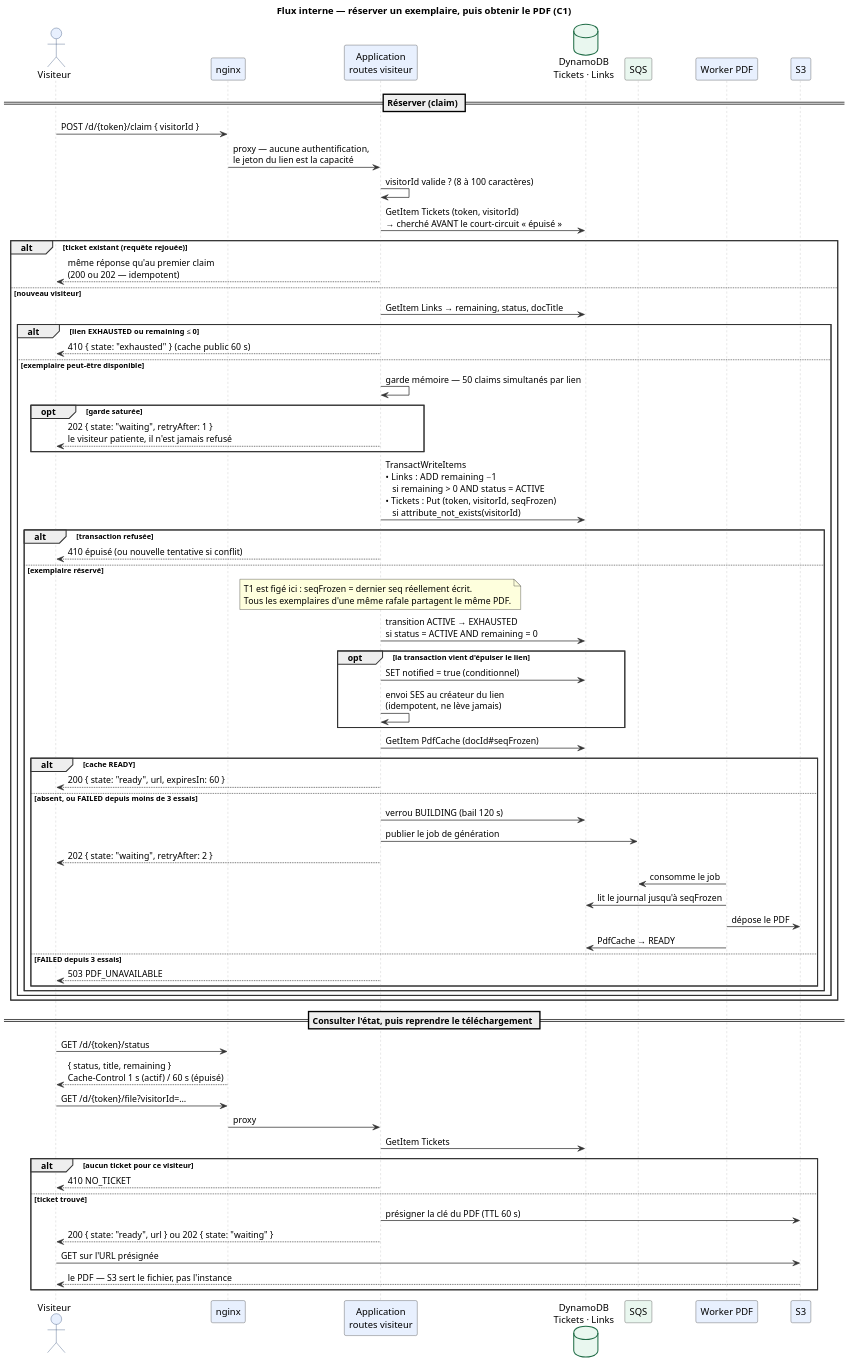
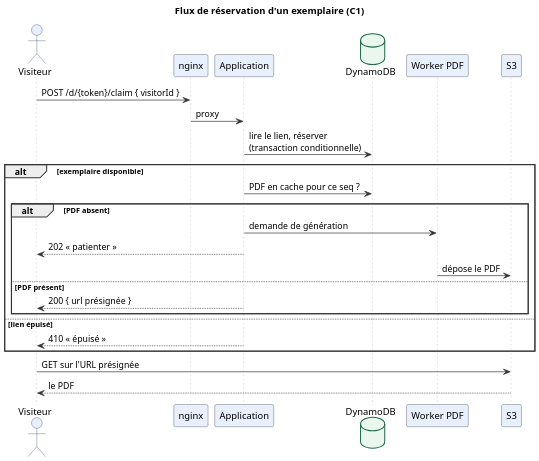
The diagram in docs/diagrammes-conception/puml/03-flux-reservation.puml (Djusse/Editeur_Partag-), drawn with PlantUML before and after one commit. The commit also changed 23 other files, not shown here.

```diff
--- a/docs/diagrammes-conception/puml/03-flux-reservation.puml
+++ b/docs/diagrammes-conception/puml/03-flux-reservation.puml
@@ -1,127 +1,52 @@
 @startuml
-' Flux interne de réservation — corrigé.
-'
-' Erreurs factuelles corrigées (relevées dans backend/src/lib/links.ts et
-' backend/src/routes/visitor.ts) :
-'  1. « ticket déjà connu ? (mémoire) » : les tickets de téléchargement sont
-'     dans la table DynamoDB `Tickets` ; seuls les tickets *WebSocket* vivent en
-'     mémoire. La lecture est donc `GetItem` ;
-'  2. « 200 « attendre » » : un PDF en génération renvoie **202**, pas 200.
-'     Confondre les deux fait compter un état normal comme un succès ;
-'  3. « 302 vers S3 » : il n'y a **aucune redirection**. Le corps du 200 porte
-'     une URL présignée que le navigateur suit ensuite ;
-'  4. la garde mémoire (50 claims simultanés par lien) était absente alors
-'     qu'elle explique les 202 sous pic ;
-'  5. la transition `ACTIVE → EXHAUSTED` et la notification SES étaient
-'     implicites : ce sont deux écritures distinctes, après la transaction.
-'
-' Défauts de rendu corrigés : cinq `alt` imbriqués donnaient une figure très
-' haute où les libellés de branche se chevauchaient. Les branches sont
-' aplaties, et les couleurs de bordure des participants sont fixées (la file
-' SQS restait rouge par défaut).
+' Flux de réservation — version simple.
+' Le détail (garde mémoire, transition EXHAUSTED, notification SES) est décrit
+' dans docs/api.md §4.2. Ici : qui parle à qui, et quelles réponses.
 
-' Les couleurs de `database`, `queue` et `actor` sont posées **au niveau global** :
-' dans un bloc `sequence { }`, la version 1.2020.02 de PlantUML les ignore — le
-' cylindre DynamoDB et la file SQS gardaient alors les teintes par défaut (jaune
-' et rouge), en décalage avec le reste de la figure.
 skinparam {
   dpi 150
   defaultFontName Arial
   shadowing false
   ArrowColor #333333
-  ArrowThickness 1.1
   BackgroundColor white
   actorBorderColor #1B3A6B
   actorBackgroundColor #E8F0FE
+  databaseBackgroundColor #E9F7EF
   databaseBorderColor #1E6B45
-  databaseBackgroundColor #E9F7EF
-  queueBorderColor #1E6B45
-  queueBackgroundColor #E9F7EF
   sequence {
     ParticipantBorderColor #333333
     ParticipantBackgroundColor #E8F0FE
     LifeLineBorderColor #BBBBBB
     GroupBorderColor #333333
     GroupHeaderBackgroundColor #F7FBFF
-    NoteBackgroundColor #FEF9E7
-    NoteBorderColor #8A6D1F
   }
 }
 
-title Flux interne — réserver un exemplaire, puis obtenir le PDF (C1)
+title Flux de réservation d'un exemplaire (C1)
 
 actor Visiteur as V
 participant nginx as N
-participant "Application\nroutes visiteur" as A
-database "DynamoDB\nTickets · Links" as D
-' `queue` n'est pas un type de couleur reconnu par cette version de PlantUML : il
-' retombe sur les couleurs de `participant` et gardait une bordure rouge. On
-' déclare donc la file comme un participant coloré, ce qui rend le résultat
-' identique quelle que soit la version.
-participant "SQS" as Q #E9F7EF
+participant "Application" as A
+database DynamoDB as D
 participant "Worker PDF" as W
-participant "S3" as S
+participant S3 as S
 
-== Réserver (claim) ==
 V -> N : POST /d/{token}/claim { visitorId }
-N -> A : proxy — aucune authentification,\nle jeton du lien est la capacité
-A -> A : visitorId valide ? (8 à 100 caractères)
-A -> D : GetItem Tickets (token, visitorId)\n→ cherché AVANT le court-circuit « épuisé »
-alt ticket existant (requête rejouée)
-  A --> V : même réponse qu'au premier claim\n(200 ou 202 — idempotent)
-else nouveau visiteur
-  A -> D : GetItem Links → remaining, status, docTitle
-  alt lien EXHAUSTED ou remaining ≤ 0
-    A --> V : 410 { state: "exhausted" }  (cache public 60 s)
-  else exemplaire peut-être disponible
-    A -> A : garde mémoire — 50 claims simultanés par lien
-    opt garde saturée
-      A --> V : 202 { state: "waiting", retryAfter: 1 }\nle visiteur patiente, il n'est jamais refusé
-    end
-    A -> D : TransactWriteItems\n• Links : ADD remaining −1\n   si remaining > 0 AND status = ACTIVE\n• Tickets : Put (token, visitorId, seqFrozen)\n   si attribute_not_exists(visitorId)
-    alt transaction refusée
-      A --> V : 410 épuisé (ou nouvelle tentative si conflit)
-    else exemplaire réservé
-      note over A
-        T1 est figé ici : seqFrozen = dernier seq réellement écrit.
-        Tous les exemplaires d'une même rafale partagent le même PDF.
-      end note
-      A -> D : transition ACTIVE → EXHAUSTED\nsi status = ACTIVE AND remaining = 0
-      opt la transaction vient d'épuiser le lien
-        A -> D : SET notified = true (conditionnel)
-        A -> A : envoi SES au créateur du lien\n(idempotent, ne lève jamais)
-      end opt
-      A -> D : GetItem PdfCache (docId#seqFrozen)
-      alt cache READY
-        A --> V : 200 { state: "ready", url, expiresIn: 60 }
-      else absent, ou FAILED depuis moins de 3 essais
-        A -> D : verrou BUILDING (bail 120 s)
-        A -> Q : publier le job de génération
-        A --> V : 202 { state: "waiting", retryAfter: 2 }
-        W -> Q : consomme le job
-        W -> D : lit le journal jusqu'à seqFrozen
-        W -> S : dépose le PDF
-        W -> D : PdfCache → READY
-      else FAILED depuis 3 essais
-        A --> V : 503 PDF_UNAVAILABLE
-      end
-    end
+N -> A : proxy
+A -> D : lire le lien, réserver\n(transaction conditionnelle)
+alt exemplaire disponible
+  A -> D : PDF en cache pour ce seq ?
+  alt PDF absent
+    A -> W : demande de génération
+    A --> V : 202 « patienter »
+    W -> S : dépose le PDF
+  else PDF présent
+    A --> V : 200 { url présignée }
   end
+else lien épuisé
+  A --> V : 410 « épuisé »
 end
-
-== Consulter l'état, puis reprendre le téléchargement ==
-V -> N : GET /d/{token}/status
-N --> V : { status, title, remaining }\nCache-Control 1 s (actif) / 60 s (épuisé)
-V -> N : GET /d/{token}/file?visitorId=…
-N -> A : proxy
-A -> D : GetItem Tickets
-alt aucun ticket pour ce visiteur
-  A --> V : 410 NO_TICKET
-else ticket trouvé
-  A -> S : présigner la clé du PDF (TTL 60 s)
-  A --> V : 200 { state: "ready", url } ou 202 { state: "waiting" }
-  V -> S : GET sur l'URL présignée
-  S --> V : le PDF — S3 sert le fichier, pas l'instance
-end
+V -> S : GET sur l'URL présignée
+S --> V : le PDF
 
 @enduml
```
